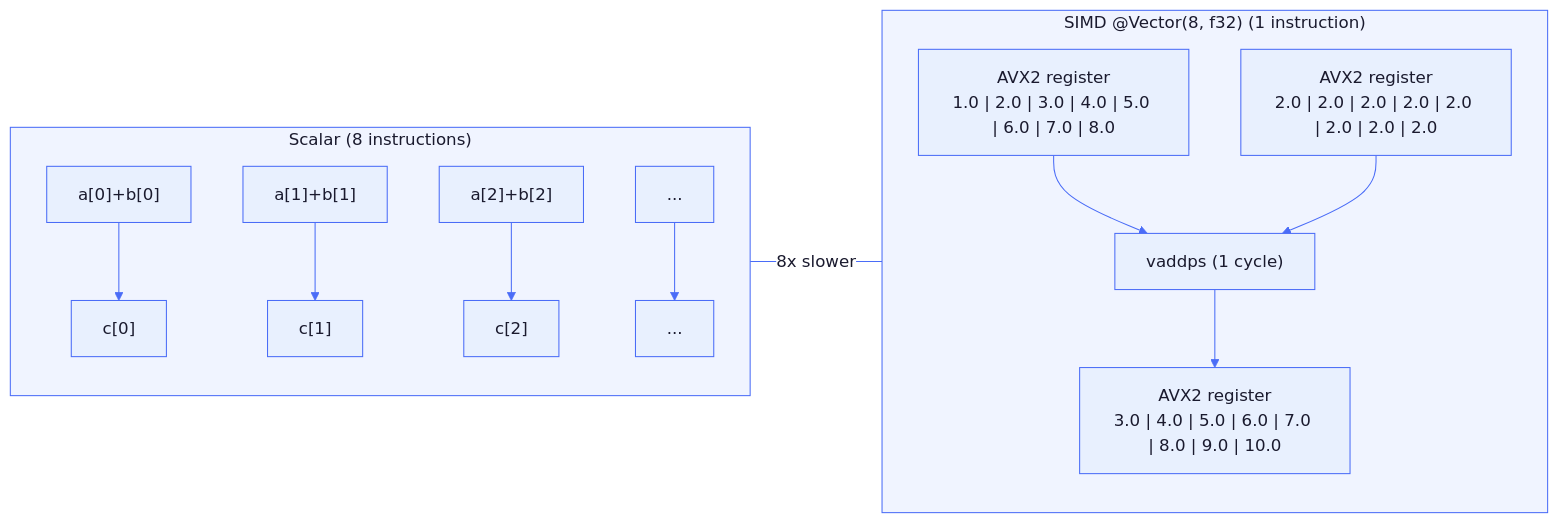
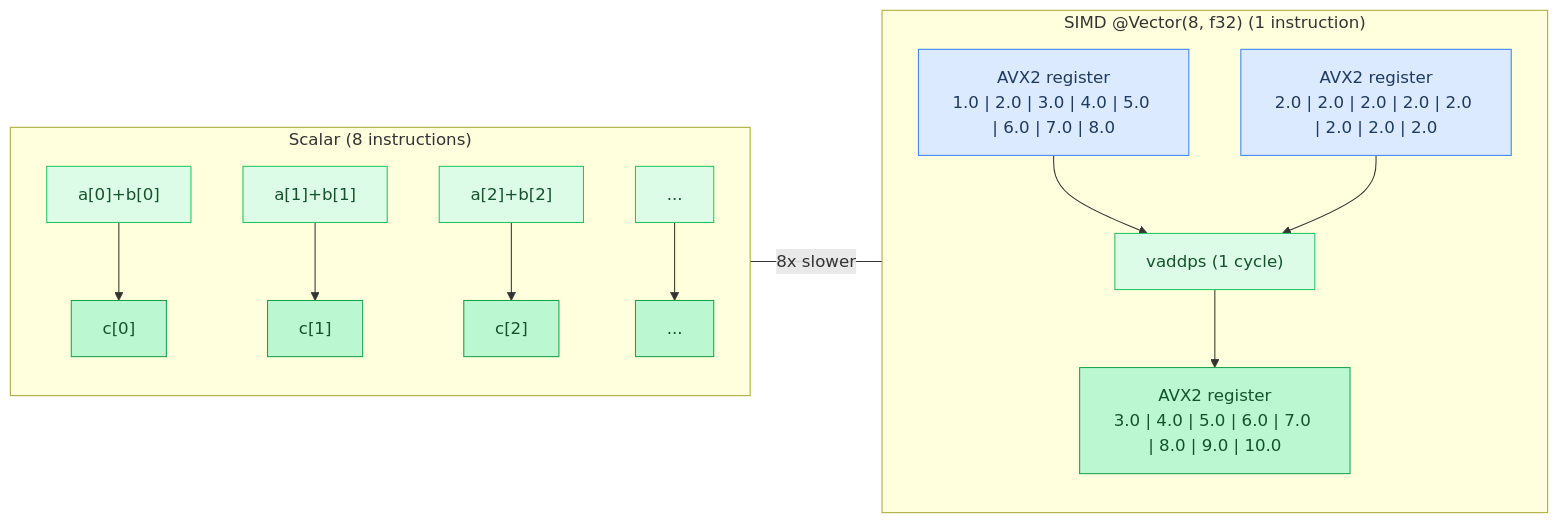
One commit to maci0/agave changed the first of 8 diagrams in docs/tutorial/09-cpu-simd-optimization.md. Above: the diagram before and after it, drawn with Mermaid. The commit also changed other lines of this file and 24 other files, not shown here.

First line of the commit message:
docs: convert all mermaid diagrams to classDef semantic colors

````diff
--- a/docs/tutorial/09-cpu-simd-optimization.md
+++ b/docs/tutorial/09-cpu-simd-optimization.md
@@ -9,37 +9,30 @@
 ```mermaid
-%%{init: {'theme': 'base', 'themeVariables': {
-  'primaryColor': '#e8f0fe',
-  'primaryTextColor': '#1a1a2e',
-  'primaryBorderColor': '#4a6cf7',
-  'lineColor': '#4a6cf7',
-  'secondaryColor': '#f0f4ff',
-  'tertiaryColor': '#f8f9ff',
-  'edgeLabelBackground': '#ffffff',
-  'clusterBkg': '#f0f4ff',
-  'clusterBorder': '#4a6cf7',
-  'titleColor': '#1a1a2e',
-  'nodeTextColor': '#1a1a2e',
-  'fontFamily': 'ui-monospace, SFMono-Regular, monospace'
-}}}%%
 flowchart LR
+    classDef setup     fill:#dbeafe,stroke:#3b82f6,color:#1e3a5f
+    classDef sync      fill:#dcfce7,stroke:#22c55e,color:#14532d
+    classDef migration fill:#fef9c3,stroke:#eab308,color:#713f12
+    classDef success   fill:#bbf7d0,stroke:#16a34a,color:#14532d
+    classDef danger    fill:#fee2e2,stroke:#ef4444,color:#7f1d1d
+    classDef optional  fill:#f3e8ff,stroke:#9333ea,color:#581c87
+
     subgraph Scalar["Scalar (8 instructions)"]
         direction TB
-        s1["a[0]+b[0]"] --> r1["c[0]"]
-        s2["a[1]+b[1]"] --> r2["c[1]"]
-        s3["a[2]+b[2]"] --> r3["c[2]"]
-        s4["..."] --> r4["..."]
+        s1["a[0]+b[0]"]:::sync --> r1["c[0]"]:::success
+        s2["a[1]+b[1]"]:::sync --> r2["c[1]"]:::success
+        s3["a[2]+b[2]"]:::sync --> r3["c[2]"]:::success
+        s4["..."]:::sync --> r4["..."]:::success
     end
 
     subgraph SIMD["SIMD @Vector(8, f32) (1 instruction)"]
         direction TB
-        reg_a["AVX2 register\n1.0 | 2.0 | 3.0 | 4.0 | 5.0 | 6.0 | 7.0 | 8.0"]
-        reg_b["AVX2 register\n2.0 | 2.0 | 2.0 | 2.0 | 2.0 | 2.0 | 2.0 | 2.0"]
-        op["vaddps (1 cycle)"]
-        reg_c["AVX2 register\n3.0 | 4.0 | 5.0 | 6.0 | 7.0 | 8.0 | 9.0 | 10.0"]
+        reg_a["AVX2 register\n1.0 | 2.0 | 3.0 | 4.0 | 5.0 | 6.0 | 7.0 | 8.0"]:::setup
+        reg_b["AVX2 register\n2.0 | 2.0 | 2.0 | 2.0 | 2.0 | 2.0 | 2.0 | 2.0"]:::setup
+        op["vaddps (1 cycle)"]:::sync
+        reg_c["AVX2 register\n3.0 | 4.0 | 5.0 | 6.0 | 7.0 | 8.0 | 9.0 | 10.0"]:::success
         reg_a --> op
         reg_b --> op
         op --> reg_c
     end
 
     Scalar -- "8x slower" --- SIMD
 ```
````
